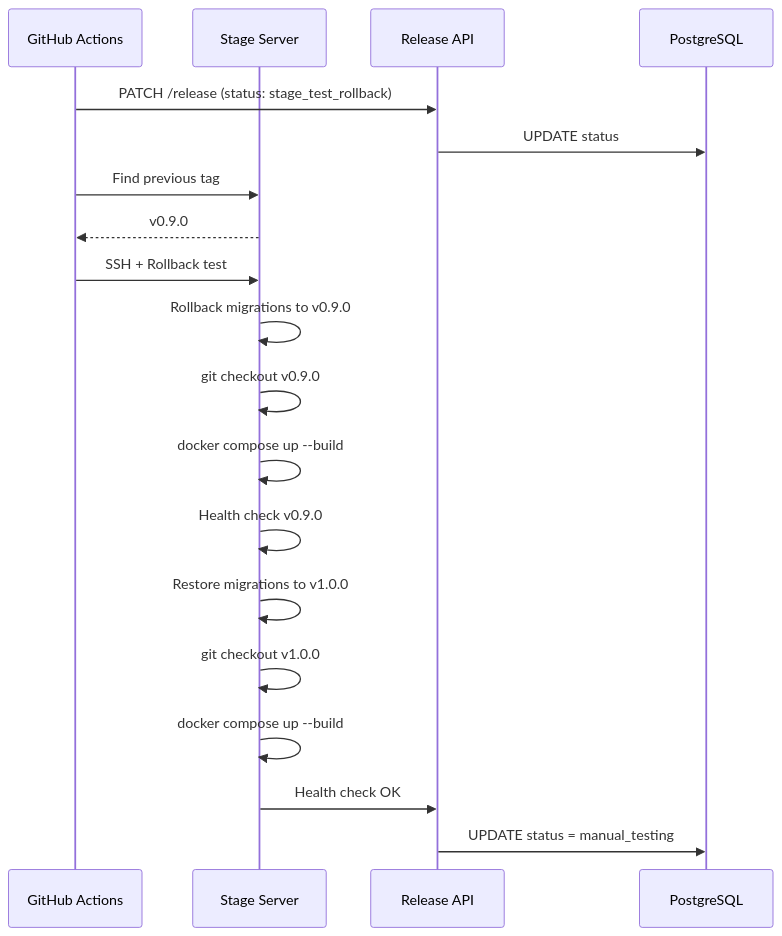
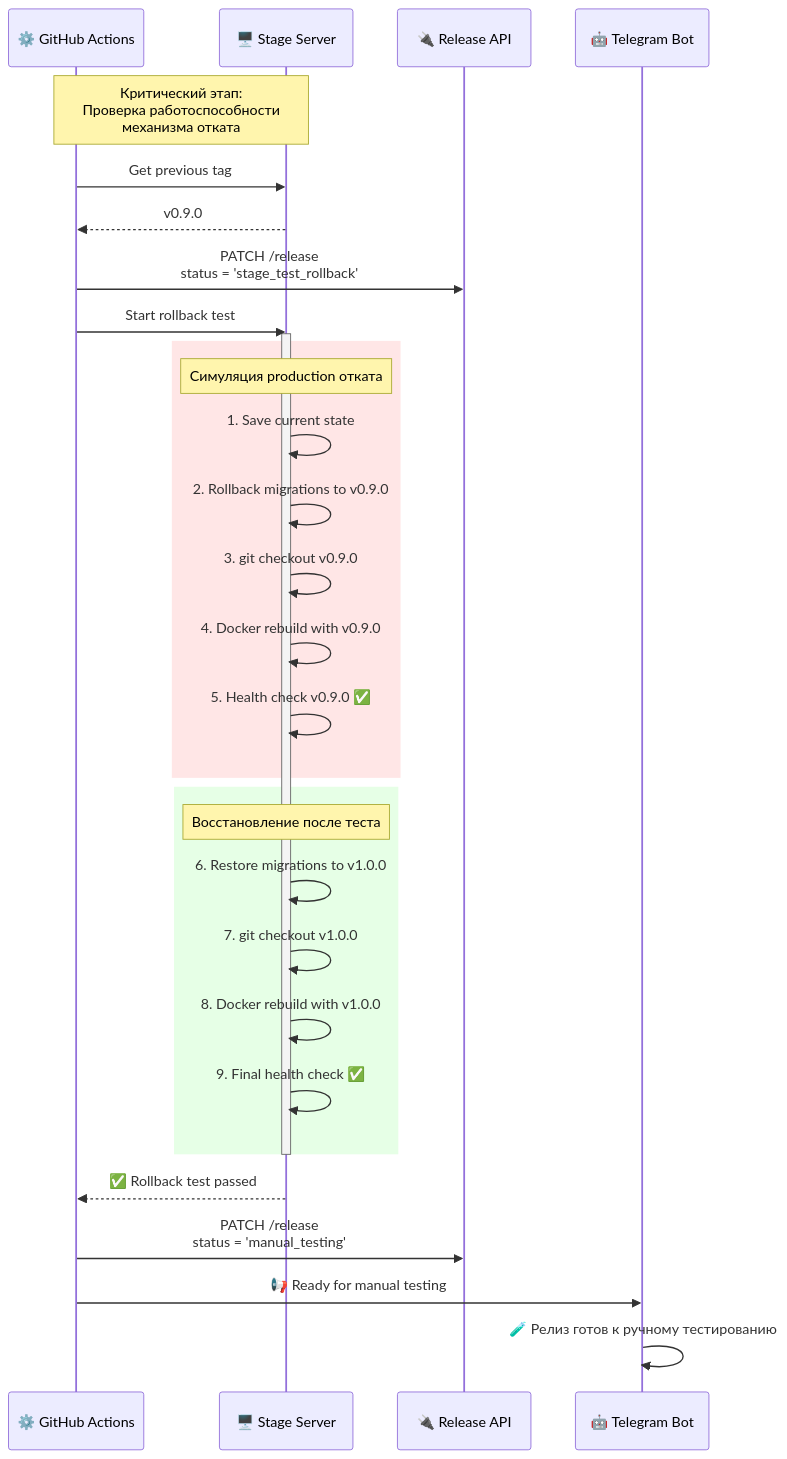
The third of 10 diagrams in name-release-machine/README.md (mmdev2003/release-machine), drawn with Mermaid before and after one commit. The commit also changed other lines of this file, not shown here.

Commit message:
Обновил readme для release-machine

````diff
--- a/name-release-machine/README.md
+++ b/name-release-machine/README.md
@@ -142,26 +189,43 @@
 ```mermaid
 sequenceDiagram
-    participant GHA as GitHub Actions
-    participant Stage as Stage Server
-    participant API as Release API
-    participant DB as PostgreSQL
+    participant GHA as ⚙️ GitHub Actions
+    participant Stage as 🖥️ Stage Server
+    participant API as 🔌 Release API
+    participant Bot as 🤖 Telegram Bot
 
-    GHA->>API: PATCH /release (status: stage_test_rollback)
-    API->>DB: UPDATE status
-    
-    GHA->>Stage: Find previous tag
+    Note over GHA,Stage: Критический этап:<br/>Проверка работоспособности<br/>механизма отката
+
+    GHA->>Stage: Get previous tag
     Stage-->>GHA: v0.9.0
     
-    GHA->>Stage: SSH + Rollback test
-    Stage->>Stage: Rollback migrations to v0.9.0
-    Stage->>Stage: git checkout v0.9.0
-    Stage->>Stage: docker compose up --build
-    Stage->>Stage: Health check v0.9.0
+    GHA->>API: PATCH /release<br/>status = 'stage_test_rollback'
     
-    Stage->>Stage: Restore migrations to v1.0.0
-    Stage->>Stage: git checkout v1.0.0
-    Stage->>Stage: docker compose up --build
+    GHA->>Stage: Start rollback test
+    activate Stage
     
-    Stage->>API: Health check OK
-    API->>DB: UPDATE status = manual_testing
+    rect rgb(255, 230, 230)
+        Note over Stage: Симуляция production отката
+        Stage->>Stage: 1. Save current state
+        Stage->>Stage: 2. Rollback migrations to v0.9.0
+        Stage->>Stage: 3. git checkout v0.9.0
+        Stage->>Stage: 4. Docker rebuild with v0.9.0
+        Stage->>Stage: 5. Health check v0.9.0 ✅
+    end
+    
+    rect rgb(230, 255, 230)
+        Note over Stage: Восстановление после теста
+        Stage->>Stage: 6. Restore migrations to v1.0.0
+        Stage->>Stage: 7. git checkout v1.0.0
+        Stage->>Stage: 8. Docker rebuild with v1.0.0
+        Stage->>Stage: 9. Final health check ✅
+    end
+    
+    deactivate Stage
+    
+    Stage-->>GHA: ✅ Rollback test passed
+    
+    GHA->>API: PATCH /release<br/>status = 'manual_testing'
+    
+    GHA->>Bot: 📢 Ready for manual testing
+    Bot->>Bot: 🧪 Релиз готов к ручному тестированию
 ```
````
